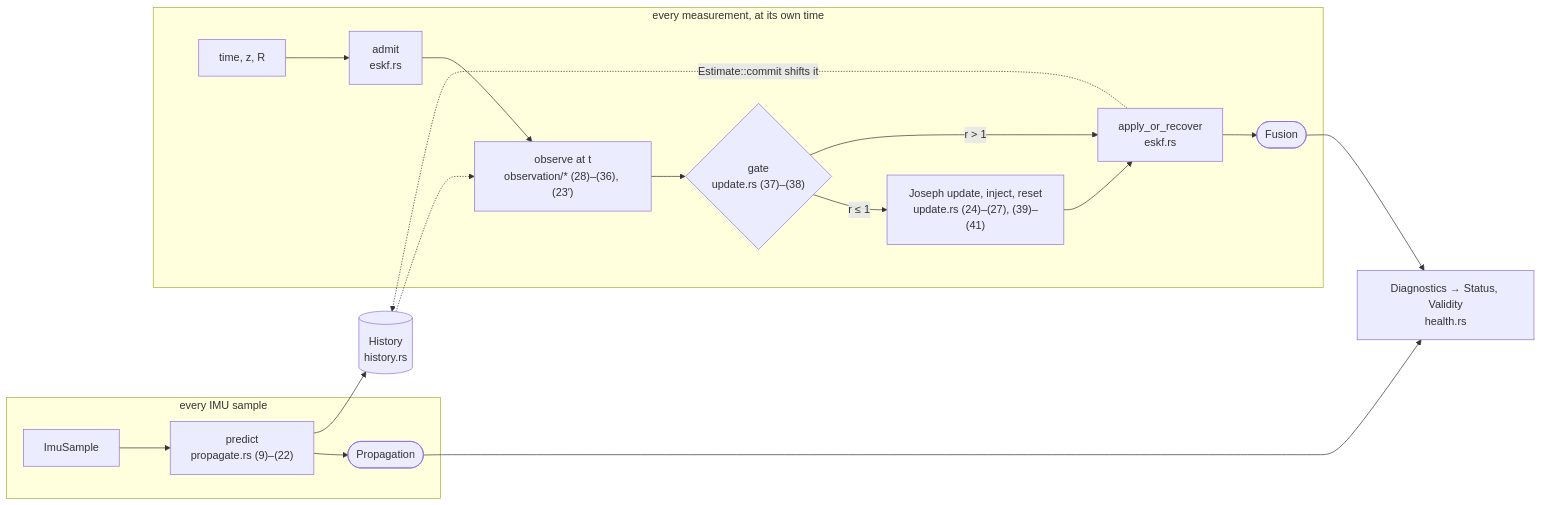
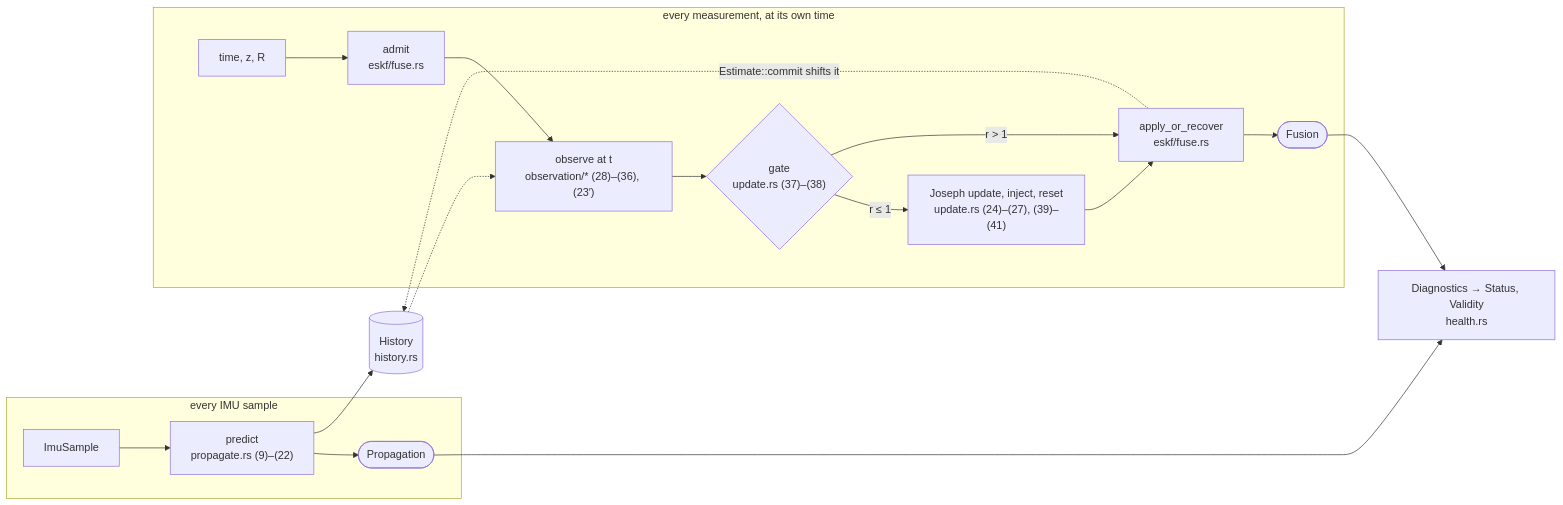
The first of 2 diagrams in DESIGN.md (wboayue/fusion-nav), drawn with Mermaid before and after one commit. The commit also changed other lines of this file and 4 other files, not shown here.

````diff
--- a/DESIGN.md
+++ b/DESIGN.md
@@ -20,21 +20,21 @@
 ```mermaid
 flowchart LR
     subgraph sample["every IMU sample"]
         imu["ImuSample"] --> predict["predict<br/>propagate.rs (9)–(22)"]
         predict --> pout(["Propagation"])
     end
     predict --> hist[("History<br/>history.rs")]
     subgraph meas["every measurement, at its own time"]
-        z["time, z, R"] --> admit["admit<br/>eskf.rs"]
+        z["time, z, R"] --> admit["admit<br/>eskf/fuse.rs"]
         admit --> observe["observe at t<br/>observation/* (28)–(36), (23′)"]
         observe --> gate{"gate<br/>update.rs (37)–(38)"}
         gate -- "r ≤ 1" --> upd["Joseph update, inject, reset<br/>update.rs (24)–(27), (39)–(41)"]
-        gate -- "r > 1" --> rec["apply_or_recover<br/>eskf.rs"]
+        gate -- "r > 1" --> rec["apply_or_recover<br/>eskf/fuse.rs"]
         upd --> rec
         rec --> fout(["Fusion"])
     end
     hist -.-> observe
     rec -. "Estimate::commit shifts it" .-> hist
     pout --> health["Diagnostics → Status, Validity<br/>health.rs"]
     fout --> health
 ```
````
